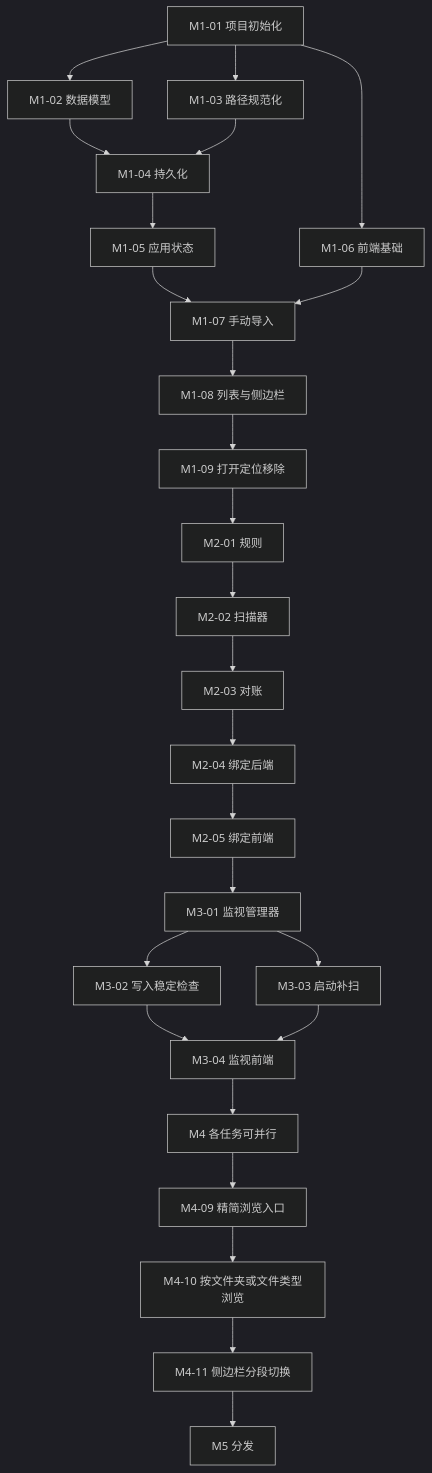
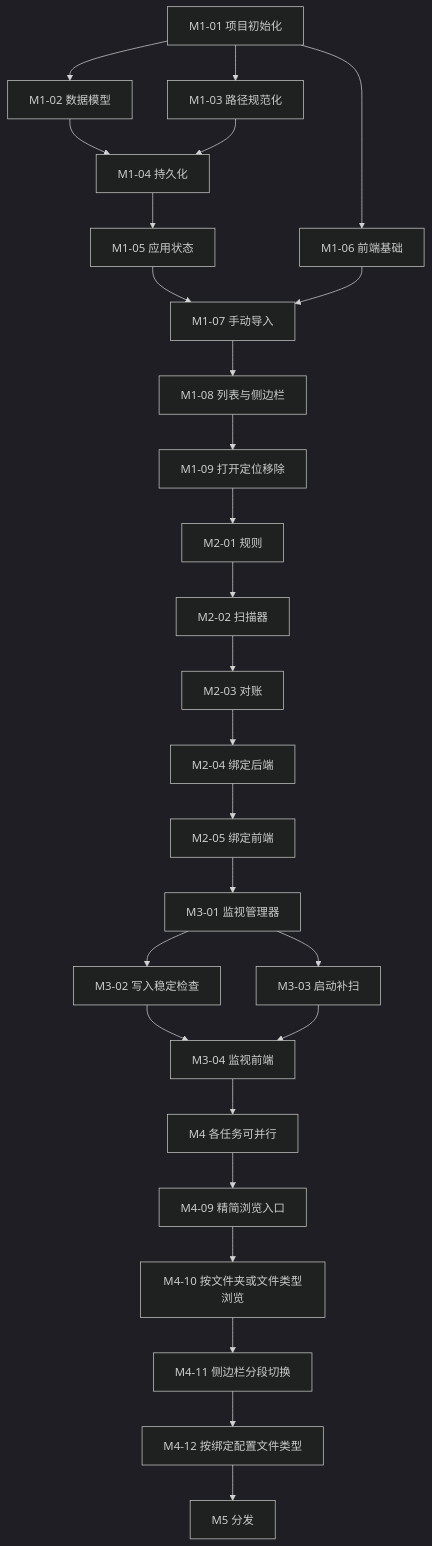
One commit to 623zhu/file_link changed the diagram in docs/PLAN.md. Above: the diagram before and after it, drawn with Mermaid (dark theme). The commit also changed other lines of this file and 3 other files, not shown here.

````diff
--- a/docs/PLAN.md
+++ b/docs/PLAN.md
@@ -101,31 +102,32 @@
 ```mermaid
 flowchart TD
   M1_01[M1-01 项目初始化] --> M1_02[M1-02 数据模型]
   M1_01 --> M1_03[M1-03 路径规范化]
   M1_01 --> M1_06[M1-06 前端基础]
   M1_02 --> M1_04[M1-04 持久化]
   M1_03 --> M1_04
   M1_04 --> M1_05[M1-05 应用状态]
   M1_05 --> M1_07[M1-07 手动导入]
   M1_06 --> M1_07
   M1_07 --> M1_08[M1-08 列表与侧边栏]
   M1_08 --> M1_09[M1-09 打开定位移除]
 
   M1_09 --> M2_01[M2-01 规则]
   M2_01 --> M2_02[M2-02 扫描器]
   M2_02 --> M2_03[M2-03 对账]
   M2_03 --> M2_04[M2-04 绑定后端]
   M2_04 --> M2_05[M2-05 绑定前端]
 
   M2_05 --> M3_01[M3-01 监视管理器]
   M3_01 --> M3_02[M3-02 写入稳定检查]
   M3_01 --> M3_03[M3-03 启动补扫]
   M3_02 --> M3_04[M3-04 监视前端]
   M3_03 --> M3_04
 
   M3_04 --> M4[M4 各任务可并行]
   M4 --> M4_09[M4-09 精简浏览入口]
   M4_09 --> M4_10[M4-10 按文件夹或文件类型浏览]
   M4_10 --> M4_11[M4-11 侧边栏分段切换]
-  M4_11 --> M5[M5 分发]
+  M4_11 --> M4_12[M4-12 按绑定配置文件类型]
+  M4_12 --> M5[M5 分发]
 ```
````
